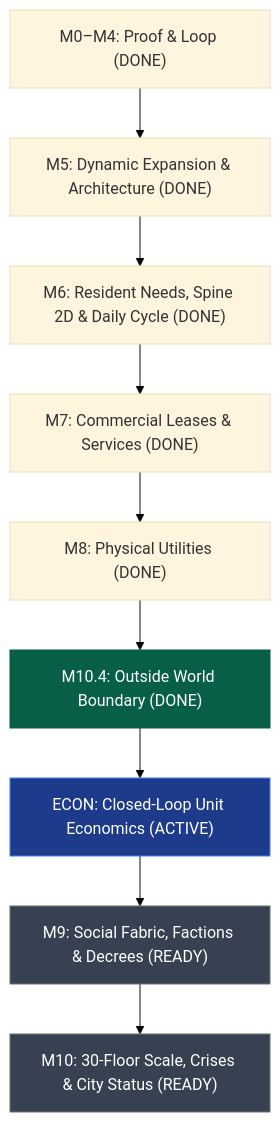
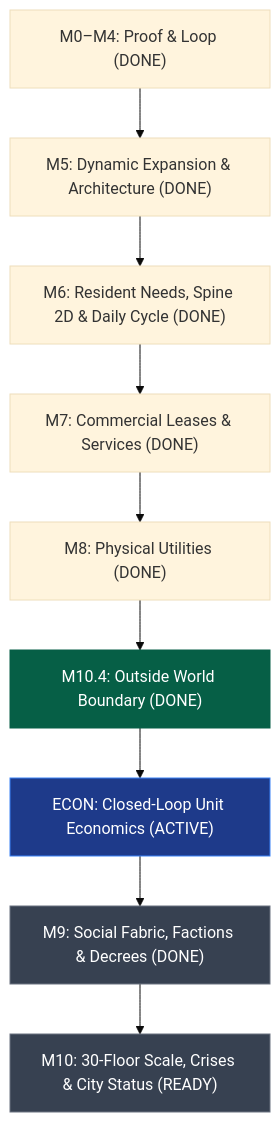
One commit to Gijsja/one-roof changed the diagram in Planning/ROADMAP.md. Above: the diagram before and after it, drawn with Mermaid (base theme). The commit also changed other lines of this file and 85 other files, not shown here.

````diff
--- a/Planning/ROADMAP.md
+++ b/Planning/ROADMAP.md
@@ -41,15 +42,15 @@
 ```mermaid
 graph TD
     M0["M0–M4: Proof & Loop (DONE)"] --> M5["M5: Dynamic Expansion & Architecture (DONE)"]
     M5 --> M6["M6: Resident Needs, Spine 2D & Daily Cycle (DONE)"]
     M6 --> M7["M7: Commercial Leases & Services (DONE)"]
     M7 --> M8["M8: Physical Utilities (DONE)"]
     M8 --> M104["M10.4: Outside World Boundary (DONE)"]
     M104 --> ECON["ECON: Closed-Loop Unit Economics (ACTIVE)"]
-    ECON --> M9["M9: Social Fabric, Factions & Decrees (READY)"]
+    ECON --> M9["M9: Social Fabric, Factions & Decrees (DONE)"]
     M9 --> M10["M10: 30-Floor Scale, Crises & City Status (READY)"]
     style M104 fill:#065f46,color:#fff,stroke:#065f46
     style ECON fill:#1e3a8a,color:#fff,stroke:#3b82f6
     style M9 fill:#374151,color:#fff,stroke:#6b7280
     style M10 fill:#374151,color:#fff,stroke:#6b7280
 ```
````
